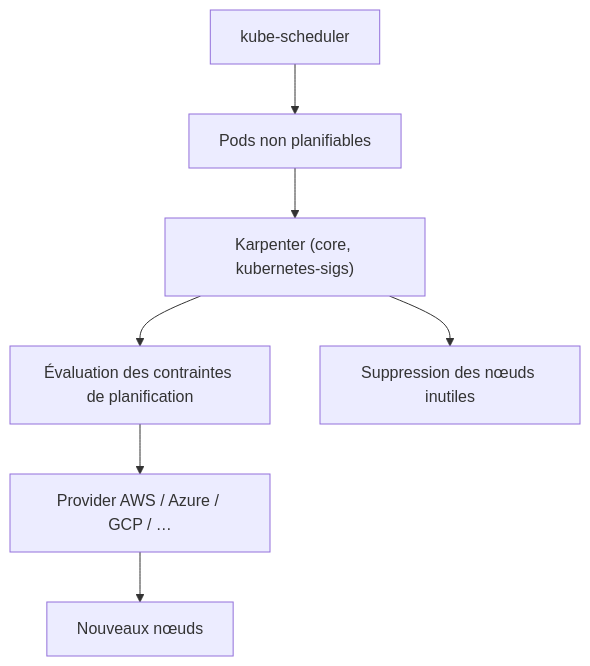
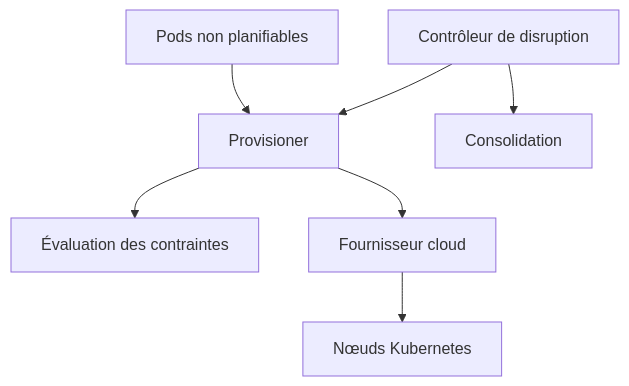
The diagram in veille/.data/fiches/kubernetes-sigs__karpenter.md (floSa/Veille-Repo), drawn with Mermaid before and after one commit. The commit also changed other lines of this file and 1330 other files, not shown here.

First line of the commit message:
Mise à jour du catalogue : 7723 fiches, 7291 diagrammes

````diff
--- a/veille/.data/fiches/kubernetes-sigs__karpenter.md
+++ b/veille/.data/fiches/kubernetes-sigs__karpenter.md
@@ -34,9 +27,9 @@
 ```mermaid
 flowchart TD
-  SCHED["kube-scheduler"] --> UNS["Pods non planifiables"]
-  UNS --> KP["Karpenter (core, kubernetes-sigs)"]
-  KP --> EVAL["Évaluation des contraintes de planification"]
-  EVAL --> PROV["Provider AWS / Azure / GCP / …"]
-  PROV --> NODE["Nouveaux nœuds"]
-  KP --> REM["Suppression des nœuds inutiles"]
+  pods["Pods non planifiables"] --> provisioner["Provisioner"]
+  provisioner --> scheduler["Évaluation des contraintes"]
+  provisioner --> cloudprovider["Fournisseur cloud"]
+  cloudprovider --> node["Nœuds Kubernetes"]
+  disruption["Contrôleur de disruption"] --> consolidation["Consolidation"]
+  disruption --> provisioner
 ```
````
